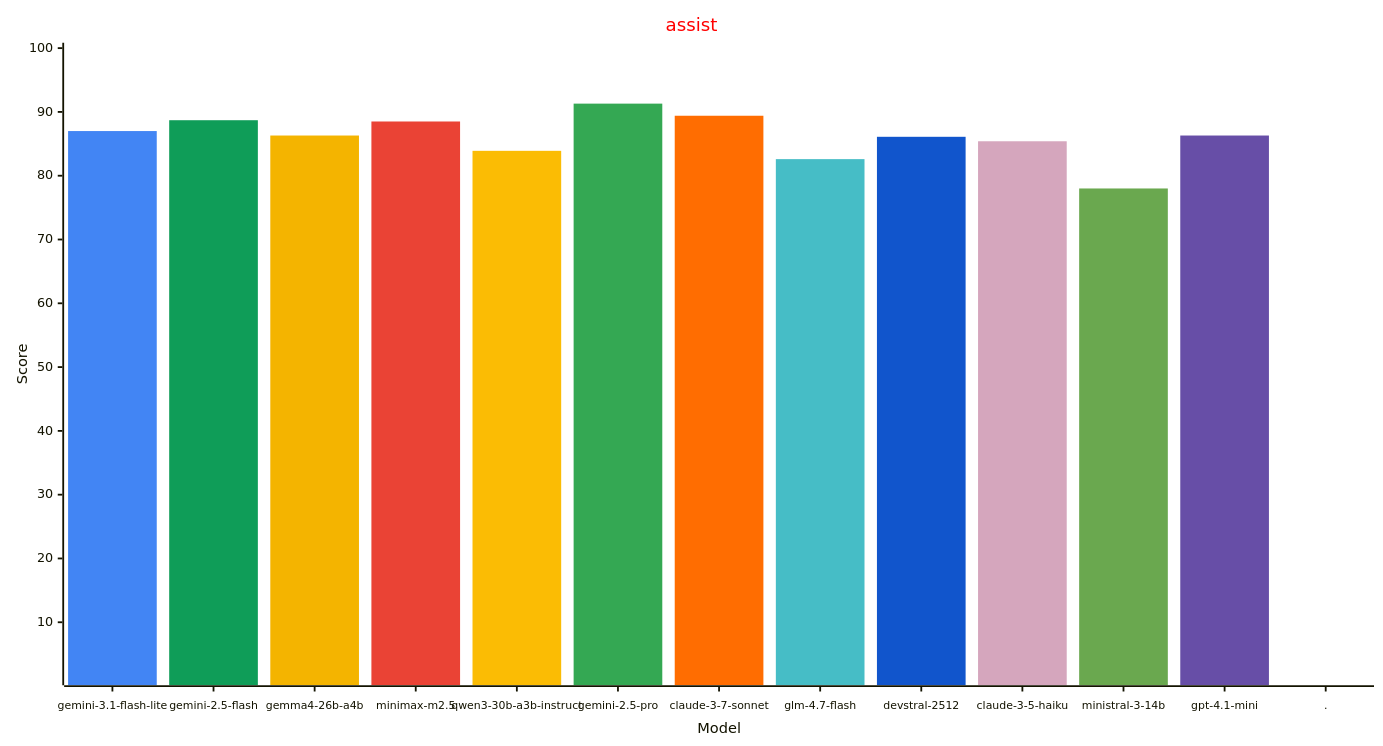
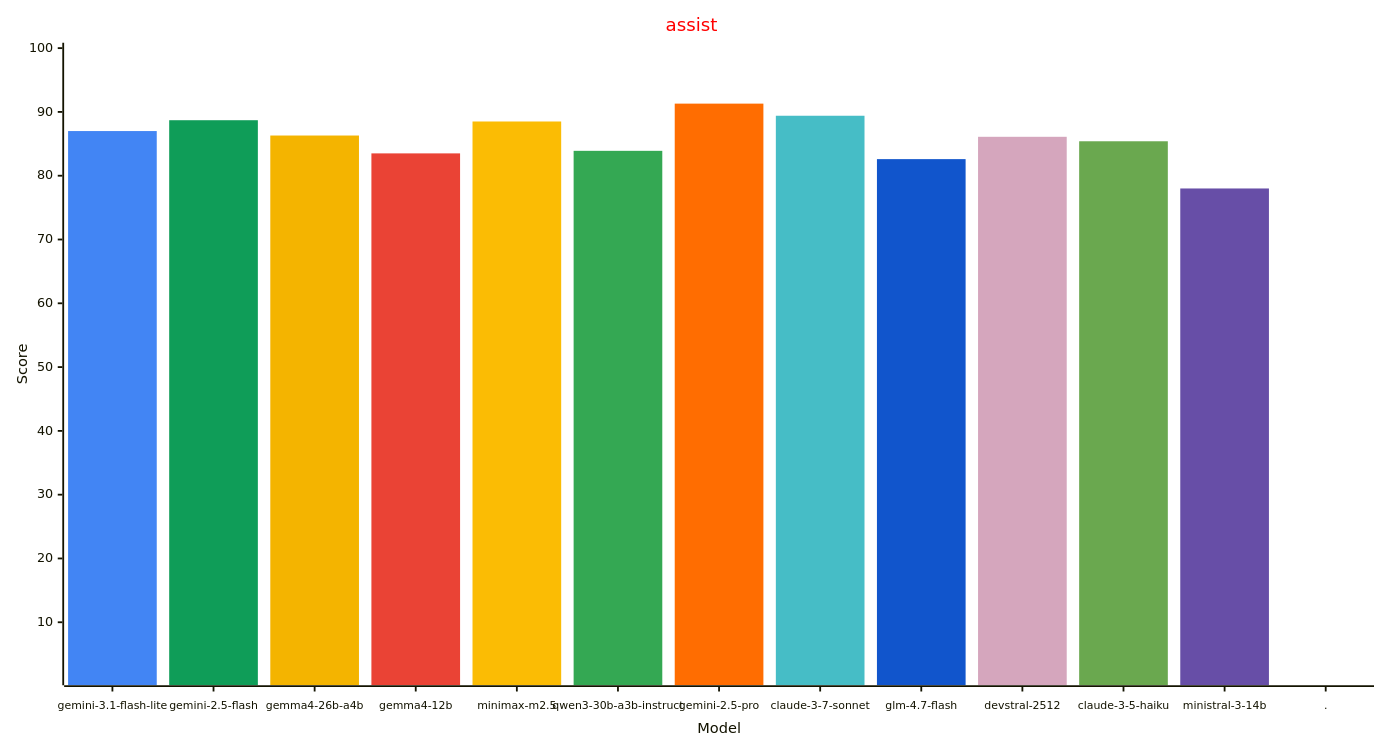
One commit to allenporter/home-assistant-datasets changed the first of 4 diagrams in reports/README.md. Above: the diagram before and after it, drawn with Mermaid. The commit also changed other lines of this file and 1 other file, not shown here.

````diff
--- a/reports/README.md
+++ b/reports/README.md
@@ -61,33 +61,33 @@
 ```mermaid
 ---
 config:
     xyChart:
         width: 1500
         height: 800
         xAxis:
           labelFontSize: 12
           labelPadding: 8
     themeVariables:
         xyChart:
             titleColor: "#ff0000"
             plotColorPalette: "#4285f4, #0f9d58, #f4b400, #ea4335, #fbbc04, #34a853, #ff6d01, #46bdc6, #1155cc, #d5a6bd, #6aa84f, #674ea7, #4285f4"
 
 ---
 xychart-beta
   title "assist"
-  x-axis "Model" [gemini-3.1-flash-lite, gemini-2.5-flash, gemma4-26b-a4b, minimax-m2.5, qwen3-30b-a3b-instruct, gemini-2.5-pro, claude-3-7-sonnet, glm-4.7-flash, devstral-2512, claude-3-5-haiku, ministral-3-14b, gpt-4.1-mini, .]
+  x-axis "Model" [gemini-3.1-flash-lite, gemini-2.5-flash, gemma4-26b-a4b, gemma4-12b, minimax-m2.5, qwen3-30b-a3b-instruct, gemini-2.5-pro, claude-3-7-sonnet, glm-4.7-flash, devstral-2512, claude-3-5-haiku, ministral-3-14b, .]
   y-axis "Score" 1 --> 100
   bar [87.0, 0.0, 0.0, 0.0, 0.0, 0.0, 0.0, 0.0, 0.0, 0.0, 0.0, 0.0, 0.0]
   bar [0.0, 88.7, 0.0, 0.0, 0.0, 0.0, 0.0, 0.0, 0.0, 0.0, 0.0, 0.0, 0.0]
   bar [0.0, 0.0, 86.3, 0.0, 0.0, 0.0, 0.0, 0.0, 0.0, 0.0, 0.0, 0.0, 0.0]
-  bar [0.0, 0.0, 0.0, 88.5, 0.0, 0.0, 0.0, 0.0, 0.0, 0.0, 0.0, 0.0, 0.0]
-  bar [0.0, 0.0, 0.0, 0.0, 83.9, 0.0, 0.0, 0.0, 0.0, 0.0, 0.0, 0.0, 0.0]
-  bar [0.0, 0.0, 0.0, 0.0, 0.0, 91.3, 0.0, 0.0, 0.0, 0.0, 0.0, 0.0, 0.0]
-  bar [0.0, 0.0, 0.0, 0.0, 0.0, 0.0, 89.4, 0.0, 0.0, 0.0, 0.0, 0.0, 0.0]
-  bar [0.0, 0.0, 0.0, 0.0, 0.0, 0.0, 0.0, 82.6, 0.0, 0.0, 0.0, 0.0, 0.0]
-  bar [0.0, 0.0, 0.0, 0.0, 0.0, 0.0, 0.0, 0.0, 86.1, 0.0, 0.0, 0.0, 0.0]
-  bar [0.0, 0.0, 0.0, 0.0, 0.0, 0.0, 0.0, 0.0, 0.0, 85.4, 0.0, 0.0, 0.0]
-  bar [0.0, 0.0, 0.0, 0.0, 0.0, 0.0, 0.0, 0.0, 0.0, 0.0, 78.0, 0.0, 0.0]
-  bar [0.0, 0.0, 0.0, 0.0, 0.0, 0.0, 0.0, 0.0, 0.0, 0.0, 0.0, 86.3, 0.0]
+  bar [0.0, 0.0, 0.0, 83.5, 0.0, 0.0, 0.0, 0.0, 0.0, 0.0, 0.0, 0.0, 0.0]
+  bar [0.0, 0.0, 0.0, 0.0, 88.5, 0.0, 0.0, 0.0, 0.0, 0.0, 0.0, 0.0, 0.0]
+  bar [0.0, 0.0, 0.0, 0.0, 0.0, 83.9, 0.0, 0.0, 0.0, 0.0, 0.0, 0.0, 0.0]
+  bar [0.0, 0.0, 0.0, 0.0, 0.0, 0.0, 91.3, 0.0, 0.0, 0.0, 0.0, 0.0, 0.0]
+  bar [0.0, 0.0, 0.0, 0.0, 0.0, 0.0, 0.0, 89.4, 0.0, 0.0, 0.0, 0.0, 0.0]
+  bar [0.0, 0.0, 0.0, 0.0, 0.0, 0.0, 0.0, 0.0, 82.6, 0.0, 0.0, 0.0, 0.0]
+  bar [0.0, 0.0, 0.0, 0.0, 0.0, 0.0, 0.0, 0.0, 0.0, 86.1, 0.0, 0.0, 0.0]
+  bar [0.0, 0.0, 0.0, 0.0, 0.0, 0.0, 0.0, 0.0, 0.0, 0.0, 85.4, 0.0, 0.0]
+  bar [0.0, 0.0, 0.0, 0.0, 0.0, 0.0, 0.0, 0.0, 0.0, 0.0, 0.0, 78.0, 0.0]
   bar [0.0, 0.0, 0.0, 0.0, 0.0, 0.0, 0.0, 0.0, 0.0, 0.0, 0.0, 0.0, -1.0]
 ```
````
